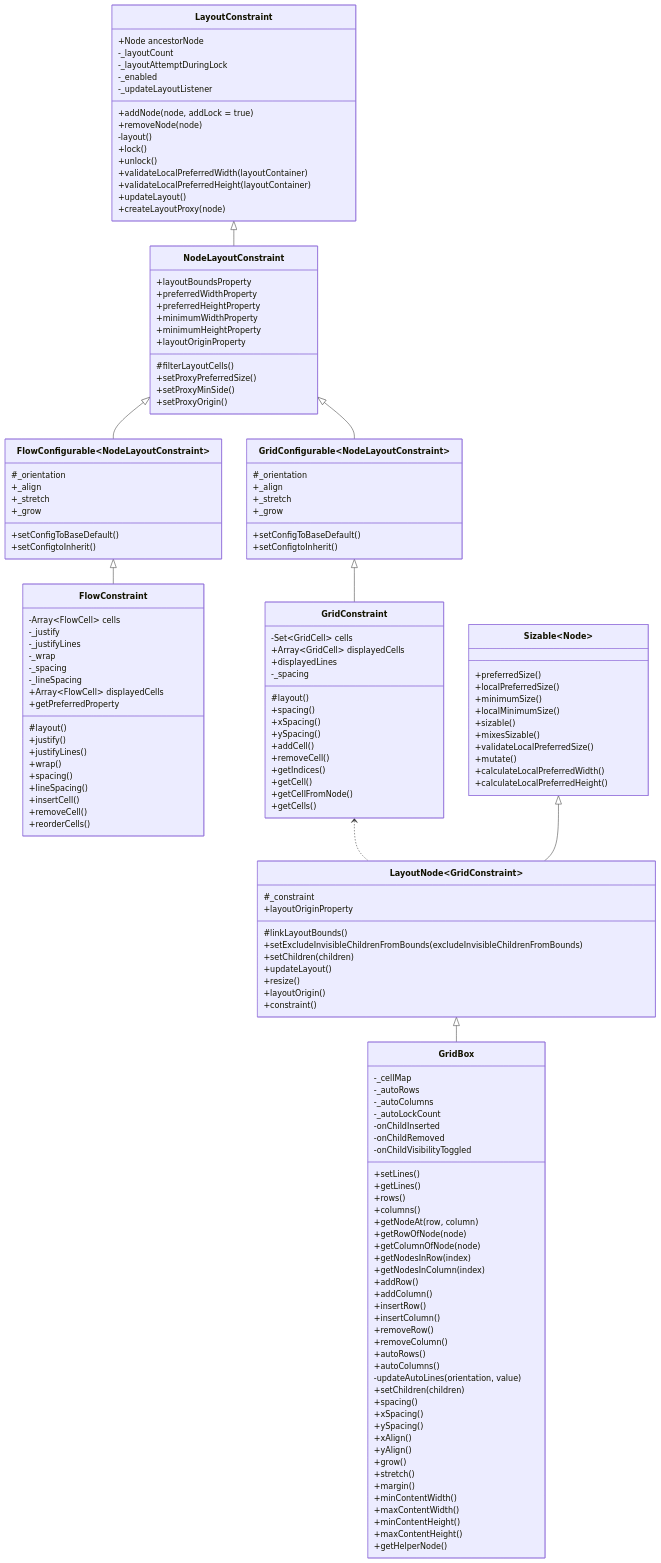
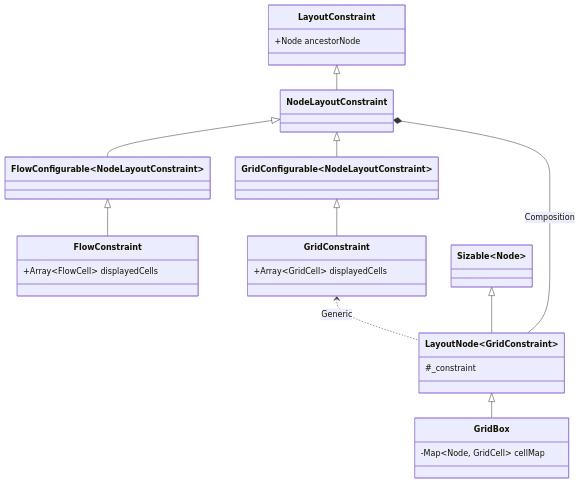
Before and after one commit to phetsims/scenery: the diagram in doc/layout-implementation-notes.md, drawn with Mermaid.

Commit message:
Remove non-composition related class members, see: https://github.com/phetsims/scenery/issues/1464

````diff
--- a/doc/layout-implementation-notes.md
+++ b/doc/layout-implementation-notes.md
@@ -7,149 +7,32 @@
     GridConfigurable~NodeLayoutConstraint~ <|-- GridConstraint
     class LayoutConstraint{
         +Node ancestorNode
-        -_layoutCount
-        -_layoutAttemptDuringLock
-        -_enabled
-        -_updateLayoutListener
-        +addNode(node, addLock = true)
-        +removeNode(node)
-        -layout()
-        +lock()
-        +unlock()
-        +validateLocalPreferredWidth(layoutContainer)
-        +validateLocalPreferredHeight(layoutContainer)
-        +updateLayout()
-        +createLayoutProxy(node)
     }
     class NodeLayoutConstraint{
-        +layoutBoundsProperty
-        +preferredWidthProperty
-        +preferredHeightProperty
-        +minimumWidthProperty
-        +minimumHeightProperty
-        +layoutOriginProperty
-        #filterLayoutCells()
-        +setProxyPreferredSize()
-        +setProxyMinSide()
-        +setProxyOrigin()
+        
     }
     class FlowConstraint{
-        -Array~FlowCell~ cells
-        -_justify
-        -_justifyLines
-        -_wrap
-        -_spacing
-        -_lineSpacing
         +Array~FlowCell~ displayedCells
-        #layout()
-        +justify()
-        +justifyLines()
-        +wrap()
-        +spacing()
-        +lineSpacing()
-        +insertCell()
-        +removeCell()
-        +reorderCells()
-        +getPreferredProperty
+        
     }
     class GridConstraint{
-        -Set~GridCell~ cells
         +Array~GridCell~ displayedCells
-        +displayedLines
-        -_spacing
-        #layout()
-        +spacing()
-        +xSpacing()
-        +ySpacing()
-        +addCell()
-        +removeCell()
-        +getIndices()
-        +getCell()
-        +getCellFromNode()
-        +getCells()
     }
     class FlowConfigurable~NodeLayoutConstraint~{
-        #_orientation
-        +_align
-        +_stretch
-        +_grow
-        +setConfigToBaseDefault()
-        +setConfigtoInherit()
     }
     class GridConfigurable~NodeLayoutConstraint~{
-        #_orientation
-        +_align
-        +_stretch
-        +_grow
-        +setConfigToBaseDefault()
-        +setConfigtoInherit()
     }
-    GridConstraint <.. LayoutNode~GridConstraint~
+    GridConstraint <.. LayoutNode~GridConstraint~: Generic
     Sizable~Node~ <|-- LayoutNode~GridConstraint~
     LayoutNode~GridConstraint~ <|-- GridBox
     class Sizable~Node~{
-        +preferredSize()
-        +localPreferredSize()
-        +minimumSize()
-        +localMinimumSize()
-        +sizable()
-        +mixesSizable()
-        +validateLocalPreferredSize()
-        +mutate()
-        +calculateLocalPreferredWidth()
-        +calculateLocalPreferredHeight()
     }
+    NodeLayoutConstraint *-- LayoutNode~GridConstraint~: Composition
     class LayoutNode~GridConstraint~{
         #_constraint
-        +layoutOriginProperty
-        #linkLayoutBounds()
-        +setExcludeInvisibleChildrenFromBounds(excludeInvisibleChildrenFromBounds)
-        +setChildren(children)
-        +updateLayout()
-        +resize()
-        +layoutOrigin()
-        +constraint()
     }
     class GridBox{
-        -_cellMap
-        -_autoRows
-        -_autoColumns
-        -_autoLockCount
-        -onChildInserted
-        -onChildRemoved
-        -onChildVisibilityToggled
-        +setLines()
-        +getLines()
-        +rows()
-        +columns()
-        +getNodeAt(row, column)
-        +getRowOfNode(node)
-        +getColumnOfNode(node)
-        +getNodesInRow(index)
-        +getNodesInColumn(index)
-        +addRow()
-        +addColumn()
-        +insertRow()
-        +insertColumn()
-        +removeRow()
-        +removeColumn()
-        +autoRows()
-        +autoColumns()
-        -updateAutoLines(orientation, value)
-        +setChildren(children)
-        +spacing()
-        +xSpacing()
-        +ySpacing()
-        +xAlign()
-        +yAlign()
-        +grow()
-        +stretch()
-        +margin()
-        +minContentWidth()
-        +maxContentWidth()
-        +minContentHeight()
-        +maxContentHeight()
-        +getHelperNode()
+    -Map~Node, GridCell~ cellMap
     }
     
  ```
````
